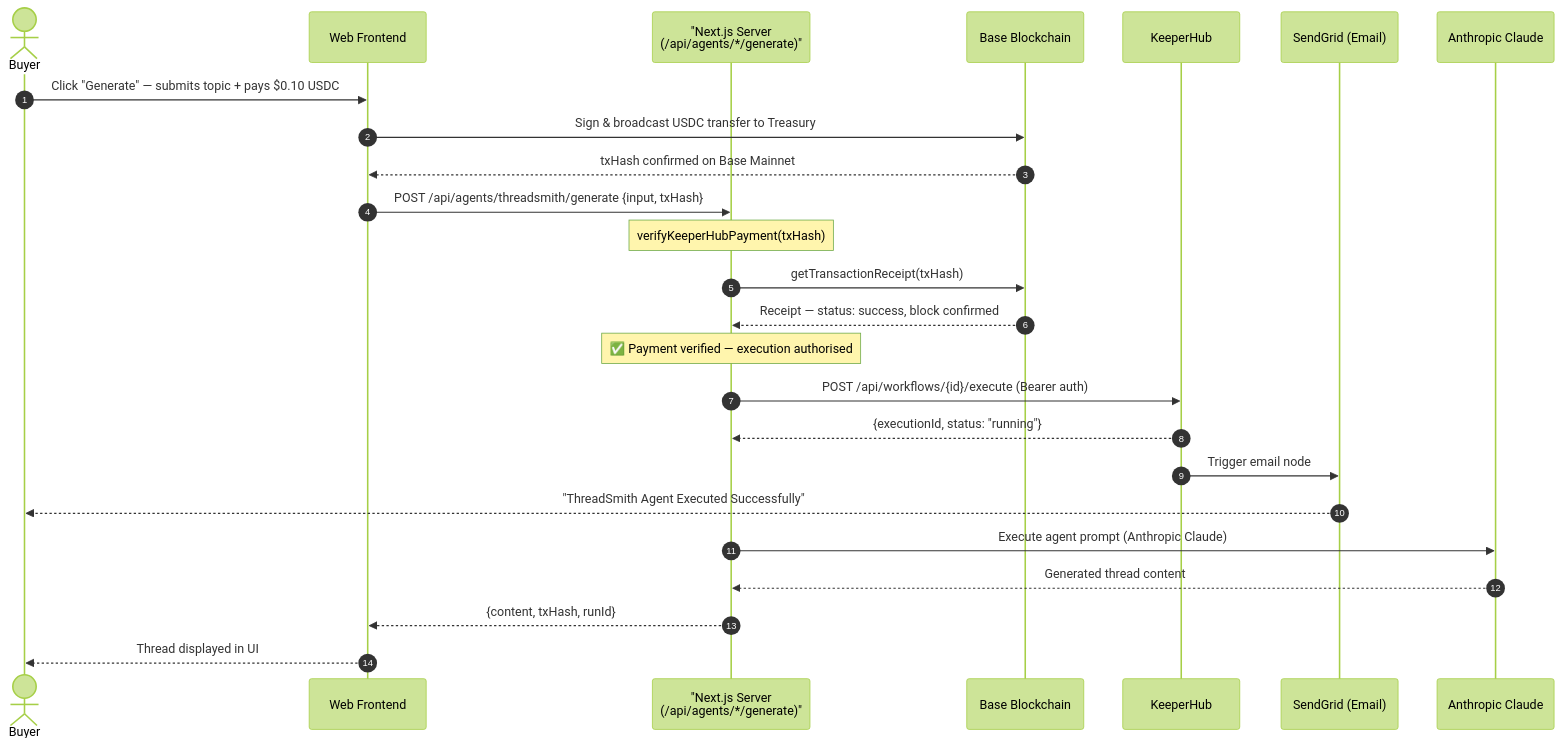
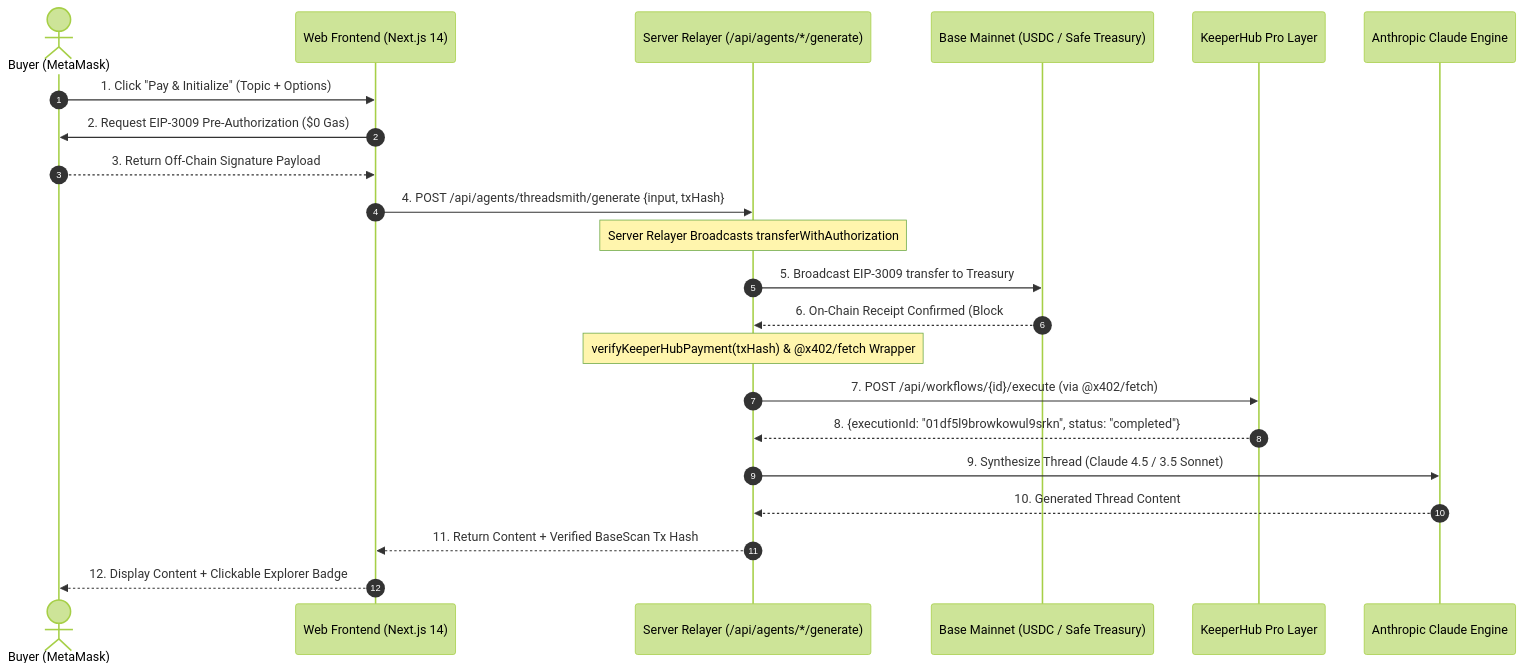
One commit to Ultraviolet01/AgentBZ changed the second of 3 diagrams in README.md. Above: the diagram before and after it, drawn with Mermaid (forest theme). The commit also changed other lines of this file and 12 other files, not shown here.

Commit message:
feat(x402): finalize KeeperHub Pro gasless settlement and Safe Global treasury integration

````diff
--- a/README.md
+++ b/README.md
@@ -93,33 +93,30 @@
 ```mermaid
 sequenceDiagram
     autonumber
-    actor Buyer as Buyer
-    participant App as Web Frontend
-    participant Server as "Next.js Server<br/>(/api/agents/*/generate)"
-    participant Base as Base Blockchain
-    participant KH as KeeperHub
-    participant SendGrid as SendGrid (Email)
-    participant LLM as Anthropic Claude
+    actor Buyer as Buyer (MetaMask)
+    participant App as Web Frontend (Next.js 14)
+    participant Server as Server Relayer (/api/agents/*/generate)
+    participant Base as Base Mainnet (USDC / Safe Treasury)
+    participant KH as KeeperHub Pro Layer
+    participant LLM as Anthropic Claude Engine
 
-    Buyer->>App: Click "Generate" — submits topic + pays $0.10 USDC
-    App->>Base: Sign & broadcast USDC transfer to Treasury
-    Base-->>App: txHash confirmed on Base Mainnet
-    App->>Server: POST /api/agents/threadsmith/generate {input, txHash}
+    Buyer->>App: 1. Click "Pay & Initialize" (Topic + Options)
+    App->>Buyer: 2. Request EIP-3009 Pre-Authorization ($0 Gas)
+    Buyer-->>App: 3. Return Off-Chain Signature Payload
+    App->>Server: 4. POST /api/agents/threadsmith/generate {input, txHash}
 
-    Note over Server: verifyKeeperHubPayment(txHash)
-    Server->>Base: getTransactionReceipt(txHash)
-    Base-->>Server: Receipt — status: success, block confirmed
+    Note over Server: Server Relayer Broadcasts transferWithAuthorization
+    Server->>Base: 5. Broadcast EIP-3009 transfer to Treasury
+    Base-->>Server: 6. On-Chain Receipt Confirmed (Block #49620665)
 
-    Note over Server: ✅ Payment verified — execution authorised
+    Note over Server: verifyKeeperHubPayment(txHash) & @x402/fetch Wrapper
 
-    Server->>KH: POST /api/workflows/{id}/execute (Bearer auth)
-    KH-->>Server: {executionId, status: "running"}
-    KH->>SendGrid: Trigger email node
-    SendGrid-->>Buyer: "ThreadSmith Agent Executed Successfully"
+    Server->>KH: 7. POST /api/workflows/{id}/execute (via @x402/fetch)
+    KH-->>Server: 8. {executionId: "01df5l9browkowul9srkn", status: "completed"}
 
-    Server->>LLM: Execute agent prompt (Anthropic Claude)
-    LLM-->>Server: Generated thread content
+    Server->>LLM: 9. Synthesize Thread (Claude 4.5 / 3.5 Sonnet)
+    LLM-->>Server: 10. Generated Thread Content
 
-    Server-->>App: {content, txHash, runId}
-    App-->>Buyer: Thread displayed in UI
+    Server-->>App: 11. Return Content + Verified BaseScan Tx Hash
+    App-->>Buyer: 12. Display Content + Clickable Explorer Badge
 ```
````
